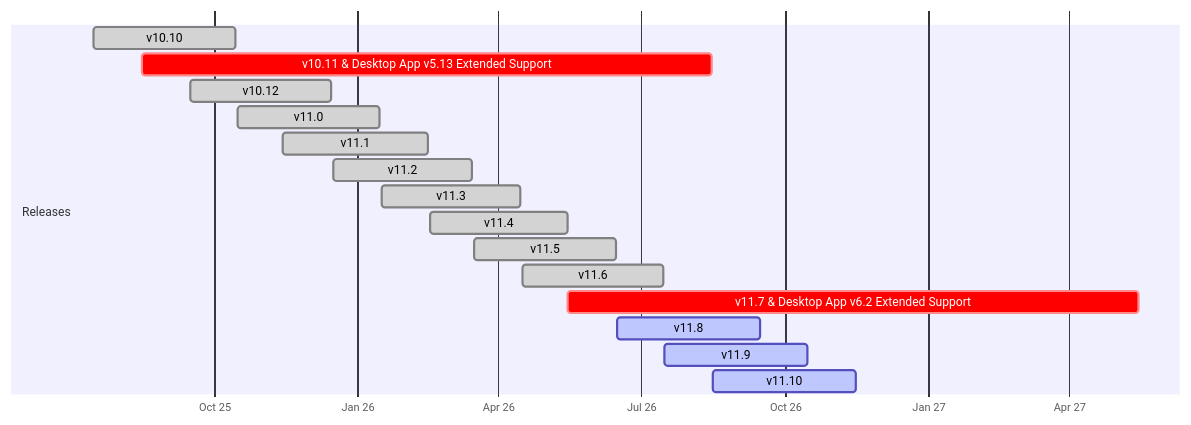
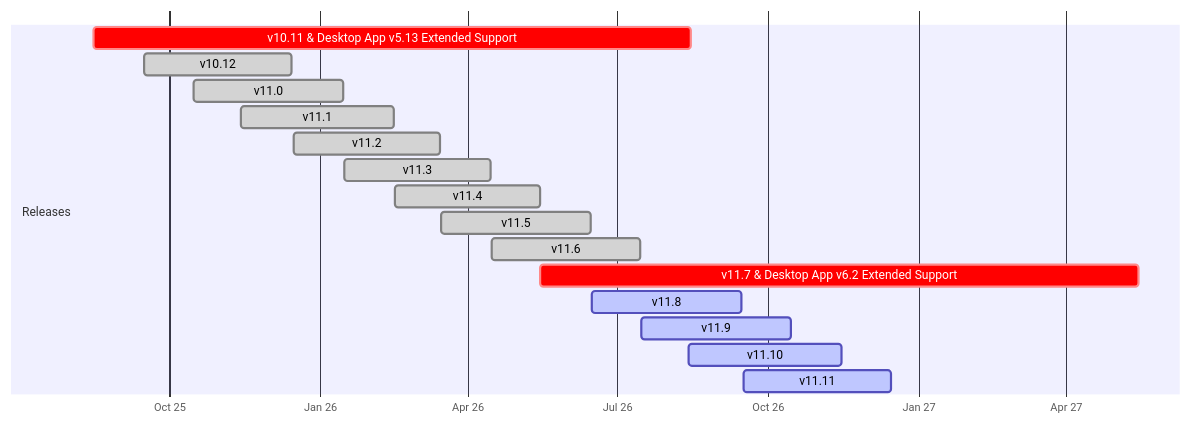
One commit to mattermost/docs changed the diagram in source/product-overview/release-policy.md. Above: the diagram before and after it, drawn with Mermaid. The commit also changed other lines of this file and 15 other files, not shown here.

````diff
--- a/source/product-overview/release-policy.md
+++ b/source/product-overview/release-policy.md
@@ -44,22 +44,22 @@
 ```{mermaid}
 
 gantt
     dateFormat  YYYY-MM-DD
     axisFormat  %b %y
 
     section Releases
-    v10.10                 :done, 2025-07-16, 2025-10-15
     v10.11 & Desktop App v5.13 Extended Support :crit,    2025-08-16, 2026-08-15
     v10.12                 :done, 2025-09-16, 2025-12-15
     v11.0                  :done, 2025-10-16, 2026-01-15
     v11.1                  :done, 2025-11-14, 2026-02-15
     v11.2                  :done, 2025-12-16, 2026-03-15
     v11.3                  :done, 2026-01-16, 2026-04-15
     v11.4                  :done, 2026-02-16, 2026-05-15
     v11.5                  :done, 2026-03-16, 2026-06-15
     v11.6                  :done, 2026-04-16, 2026-07-15
     v11.7 & Desktop App v6.2 Extended Support :crit,    2026-05-15, 2027-05-15
     v11.8                  :active, 2026-06-16, 2026-09-15
     v11.9                  :active, 2026-07-16, 2026-10-15
-    v11.10                 :active, 2026-08-16, 2026-11-15
+    v11.10                 :active, 2026-08-14, 2026-11-15
+    v11.11                 :active, 2026-09-16, 2026-12-15
 ```
````
